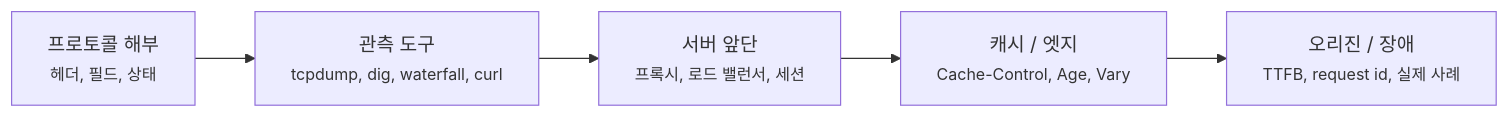
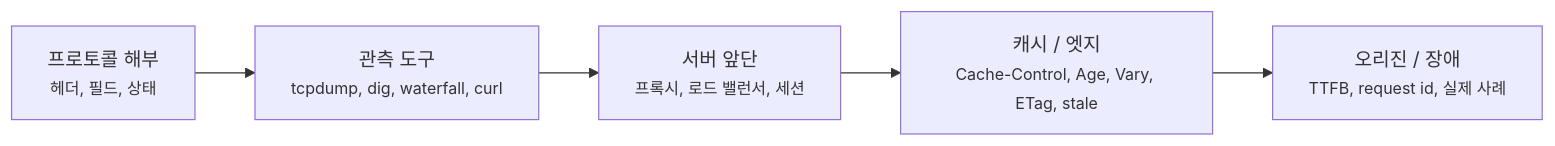
The second of 3 diagrams in docs/network/deep-dive/index.md (kmj8843/blog), drawn with Mermaid before and after one commit. The commit also changed other lines of this file and 7 other files, not shown here.

````diff
--- a/docs/network/deep-dive/index.md
+++ b/docs/network/deep-dive/index.md
@@ -137,10 +140,10 @@
 ```mermaid
 flowchart LR
     A[프로토콜 해부<br/><small>헤더, 필드, 상태</small>]
     B[관측 도구<br/><small>tcpdump, dig, waterfall, curl</small>]
     C[서버 앞단<br/><small>프록시, 로드 밸런서, 세션</small>]
-    D[캐시 / 엣지<br/><small>Cache-Control, Age, Vary</small>]
+    D[캐시 / 엣지<br/><small>Cache-Control, Age, Vary, ETag, stale</small>]
     E[오리진 / 장애<br/><small>TTFB, request id, 실제 사례</small>]
 
     A --> B --> C --> D --> E
 ```
````
